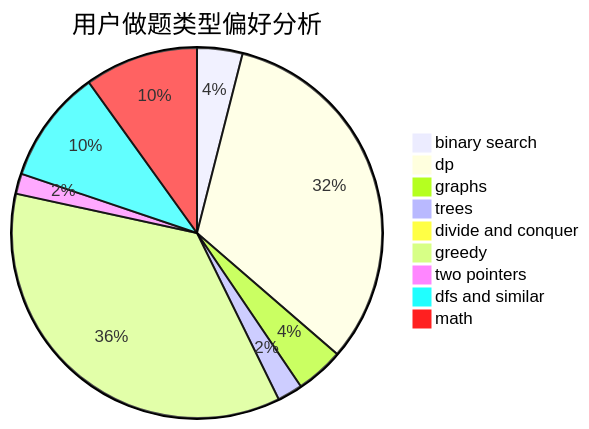
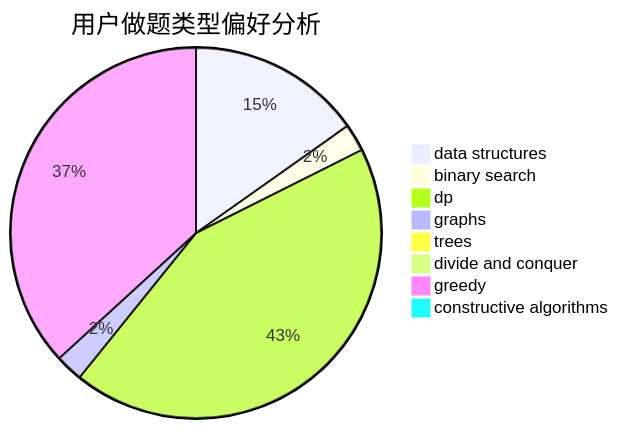
Before and after one commit to sherpahu/cfrs.github.io: the second of 3 diagrams in docs/user/u2499.md, drawn with Mermaid. The commit also changed other lines of this file and 2775 other files, not shown here.

````diff
--- a/docs/user/u2499.md
+++ b/docs/user/u2499.md
@@ -23,12 +23,11 @@
 ```mermaid
 pie title 用户做题类型偏好分析
-    "binary search" :  18
-    "dp" :  147
-    "graphs" :  19
-    "trees" :  10
+    "data structures" :  19
+    "binary search" :  3
+    "dp" :  54
+    "graphs" :  3
+    "trees" :  1
     "divide and conquer" :  0
-    "greedy" :  162
-    "two pointers" :  8
-    "dfs and similar" :  45
-    "math" :  45
+    "greedy" :  46
+    "constructive algorithms" :  0
 ```
````
